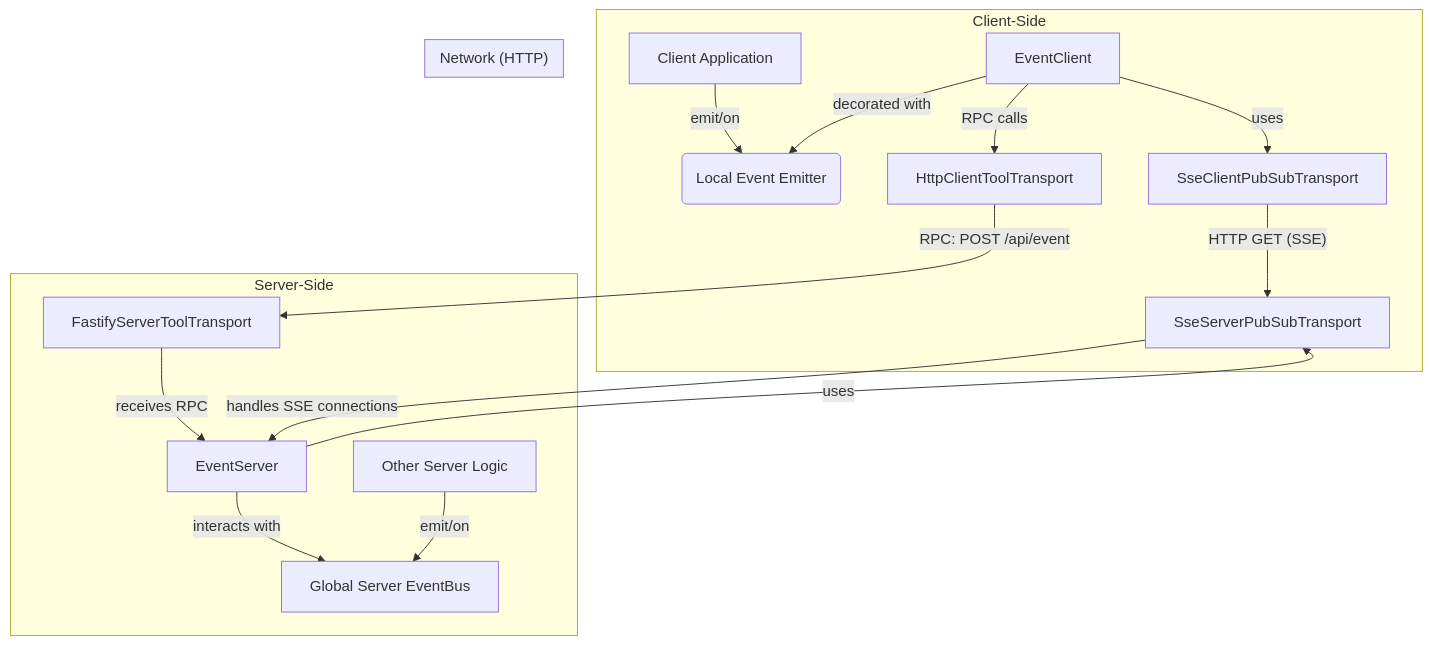
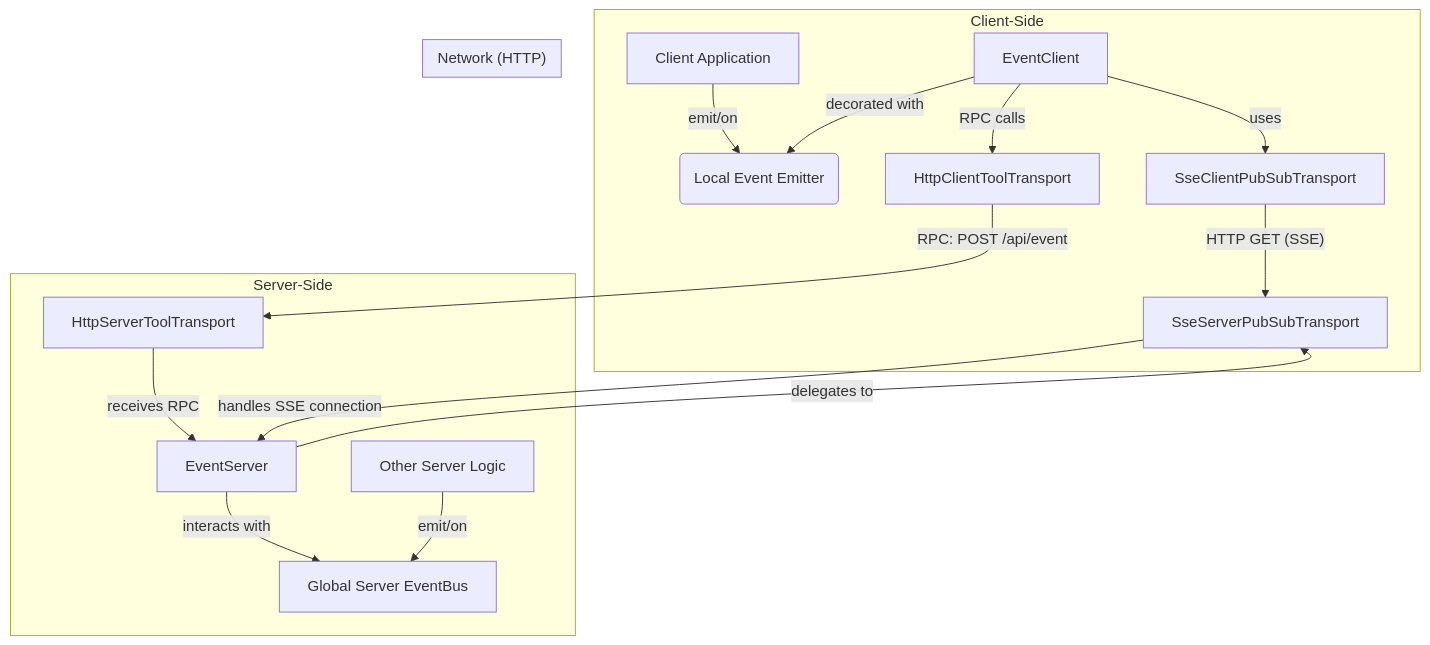
Before and after one commit to isdk/ai-tool.js: the diagram in docs/pubsub.md, drawn with Mermaid. The commit also changed other lines of this file, not shown here.

````diff
--- a/docs/pubsub.md
+++ b/docs/pubsub.md
@@ -23,26 +23,26 @@
 ```mermaid
 graph TD
     subgraph Client-Side
         C_App[Client Application]
         C_EventBus(Local Event Emitter)
         EC[EventClient] -- "uses" --> C_PubSub[SseClientPubSubTransport]
         C_Transport[HttpClientToolTransport]
 
         C_App -- "emit/on" --> C_EventBus
         EC -- "decorated with" --> C_EventBus
         C_PubSub -- "HTTP GET (SSE)" --> S_PubSub
         EC -- "RPC calls" --> C_Transport
     end
 
     subgraph Server-Side
-        S_Transport[FastifyServerToolTransport] -- "receives RPC" --> ES[EventServer]
-        ES -- "uses" --> S_PubSub[SseServerPubSubTransport]
-        S_PubSub -- "handles SSE connections" --> ES
+        S_Transport[HttpServerToolTransport] -- "receives RPC" --> ES[EventServer]
+        ES -- "delegates to" --> S_PubSub[SseServerPubSubTransport]
+        S_PubSub -- "handles SSE connection" --> ES
         ES -- "interacts with" --> S_EventBus[Global Server EventBus]
         OtherServices[Other Server Logic] -- "emit/on" --> S_EventBus
     end
 
     subgraph "Network (HTTP)"
         C_Transport -- "RPC: POST /api/event" --> S_Transport
     end
 ```
````
